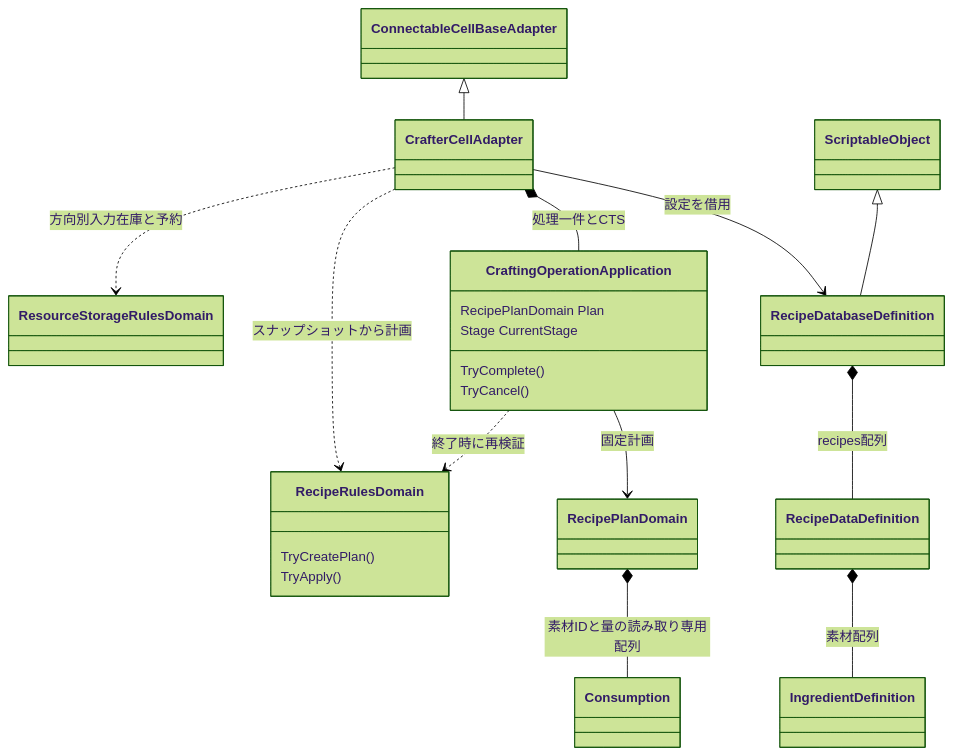
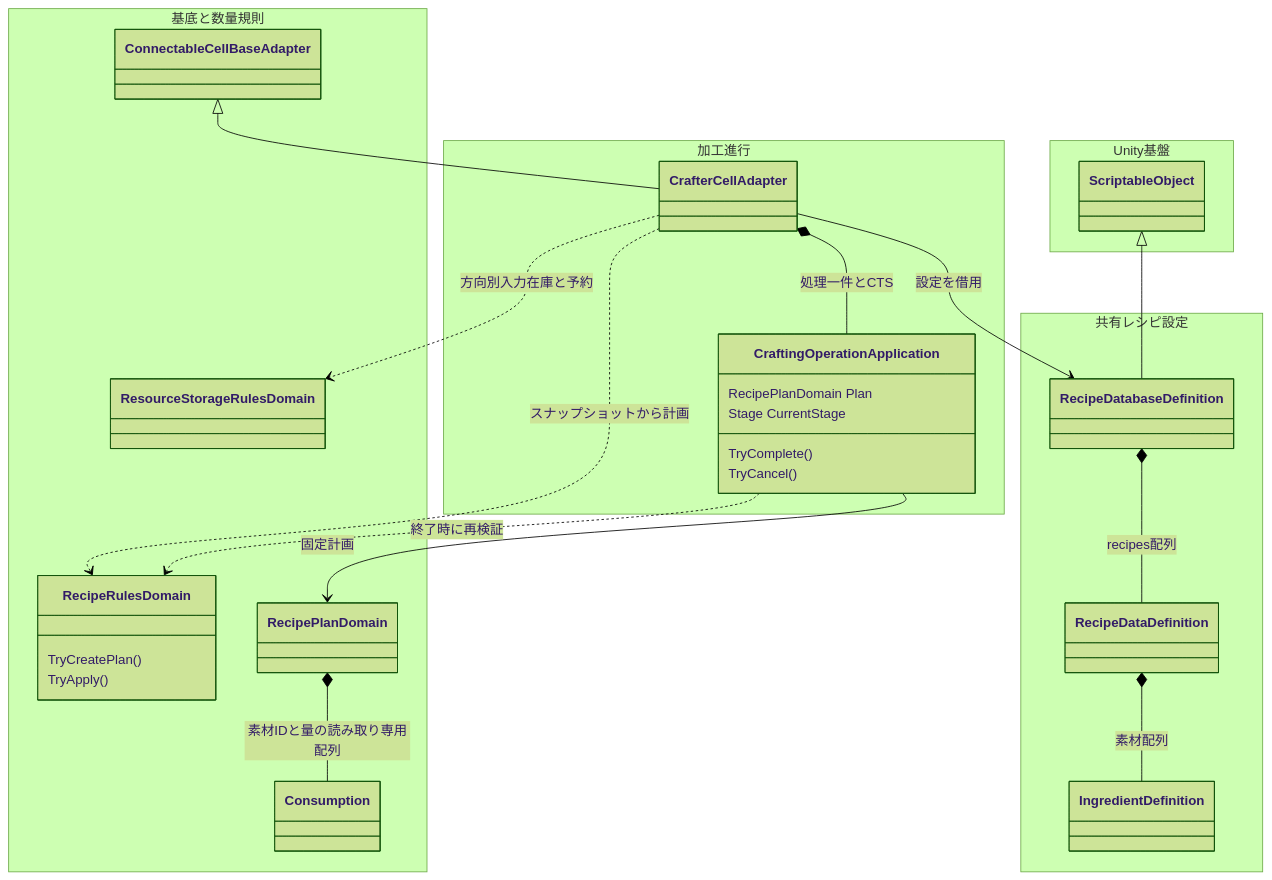
One commit to AoiTomiyama/FactoryGame changed the third of 3 diagrams in docs/design/architecture-transfers-crafting.md. Above: the diagram before and after it, drawn with Mermaid (forest theme). The commit also changed other lines of this file and 5 other files, not shown here.

Commit message:
[docs] 全設計図へ役割別配色と責務分類を展開

````diff
--- a/docs/design/architecture-transfers-crafting.md
+++ b/docs/design/architecture-transfers-crafting.md
@@ -78,24 +103,41 @@
 ```mermaid
 classDiagram
+ namespace 基底と数量規則 {
+ class ConnectableCellBaseAdapter
+ class RecipeRulesDomain {
+  TryCreatePlan()
+  TryApply()
+ }
+ class RecipePlanDomain
+ class Consumption
+ class ResourceStorageRulesDomain
+ }
+ namespace 加工進行 {
+ class CrafterCellAdapter
+ class CraftingOperationApplication {
+  RecipePlanDomain Plan
+  Stage CurrentStage
+  TryComplete()
+  TryCancel()
+ }
+ }
+ namespace 共有レシピ設定 {
+ class RecipeDatabaseDefinition
+ class RecipeDataDefinition
+ class IngredientDefinition
+ }
+ namespace Unity基盤 {
+ class ScriptableObject
+ }
  ConnectableCellBaseAdapter <|-- CrafterCellAdapter
  CrafterCellAdapter --> RecipeDatabaseDefinition : 設定を借用
  ScriptableObject <|-- RecipeDatabaseDefinition
  RecipeDatabaseDefinition *-- RecipeDataDefinition : recipes配列
  RecipeDataDefinition *-- IngredientDefinition : 素材配列
  CrafterCellAdapter *-- CraftingOperationApplication : 処理一件とCTS
  CrafterCellAdapter ..> RecipeRulesDomain : スナップショットから計画
  CraftingOperationApplication --> RecipePlanDomain : 固定計画
  RecipePlanDomain *-- Consumption : 素材IDと量の読み取り専用配列
  CraftingOperationApplication ..> RecipeRulesDomain : 終了時に再検証
  CrafterCellAdapter ..> ResourceStorageRulesDomain : 方向別入力在庫と予約
- class CraftingOperationApplication {
-  RecipePlanDomain Plan
-  Stage CurrentStage
-  TryComplete()
-  TryCancel()
- }
- class RecipeRulesDomain {
-  TryCreatePlan()
-  TryApply()
- }
 ```
````
